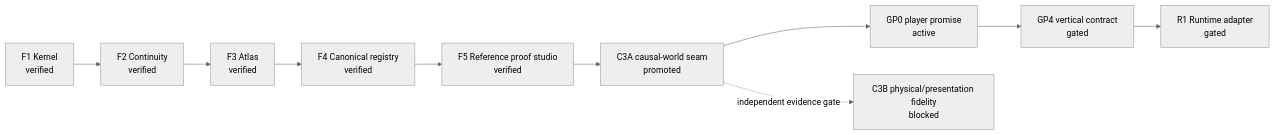
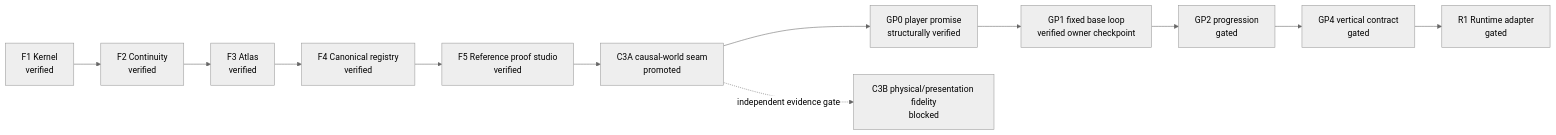
One commit to zakwmthomas/Mindwarp-forge changed the diagram in docs/project-atlas/ROADMAP.md. Above: the diagram before and after it, drawn with Mermaid (neutral theme). The commit also changed other lines of this file and 22 other files, not shown here.

````diff
--- a/docs/project-atlas/ROADMAP.md
+++ b/docs/project-atlas/ROADMAP.md
@@ -3,5 +3,5 @@
 ```mermaid
 flowchart LR
-  F1["F1 Kernel\nverified"] --> F2["F2 Continuity\nverified"] --> F3["F3 Atlas\nverified"] --> F4["F4 Canonical registry\nverified"] --> F5["F5 Reference proof studio\nverified"] --> C3A["C3A causal-world seam\npromoted"] --> GP0["GP0 player promise\nactive"] --> GP4["GP4 vertical contract\ngated"] --> R1["R1 Runtime adapter\ngated"]
+  F1["F1 Kernel\nverified"] --> F2["F2 Continuity\nverified"] --> F3["F3 Atlas\nverified"] --> F4["F4 Canonical registry\nverified"] --> F5["F5 Reference proof studio\nverified"] --> C3A["C3A causal-world seam\npromoted"] --> GP0["GP0 player promise\nstructurally verified"] --> GP1["GP1 fixed base loop\nverified owner checkpoint"] --> GP2["GP2 progression\ngated"] --> GP4["GP4 vertical contract\ngated"] --> R1["R1 Runtime adapter\ngated"]
   C3A -. independent evidence gate .-> C3B["C3B physical/presentation fidelity\nblocked"]
 ```
````
